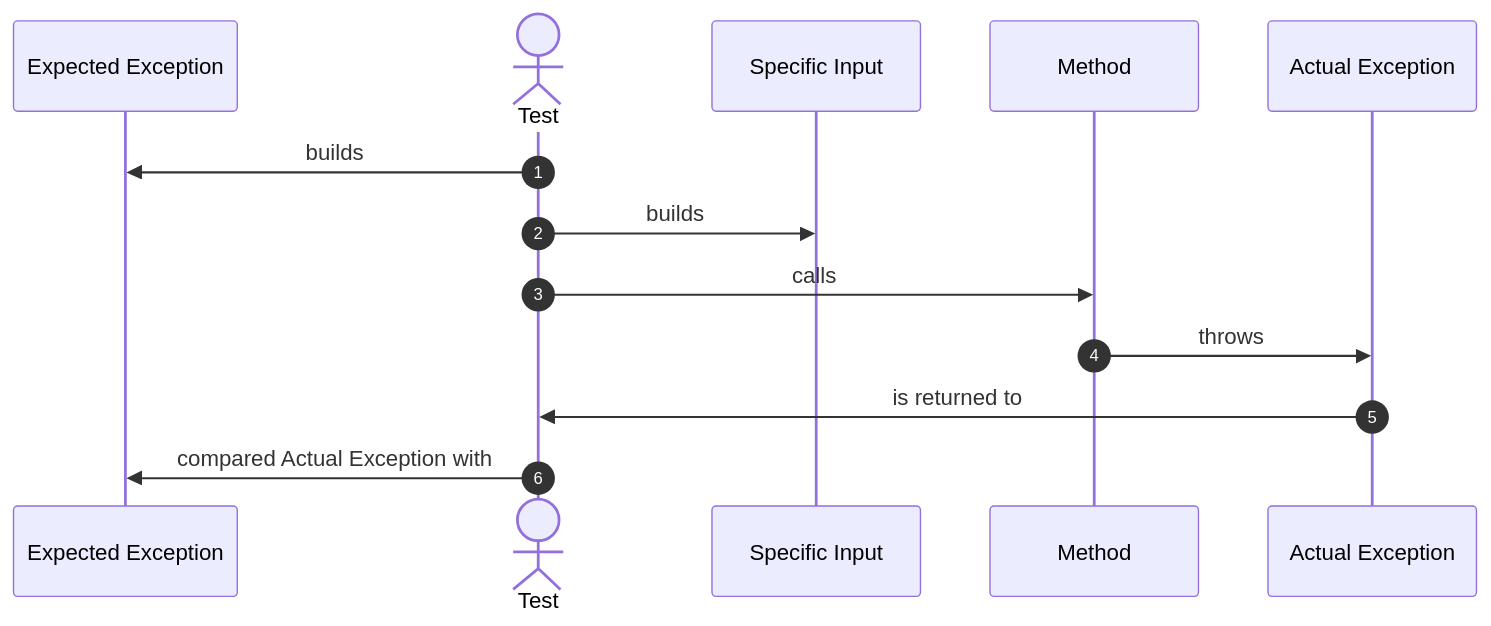
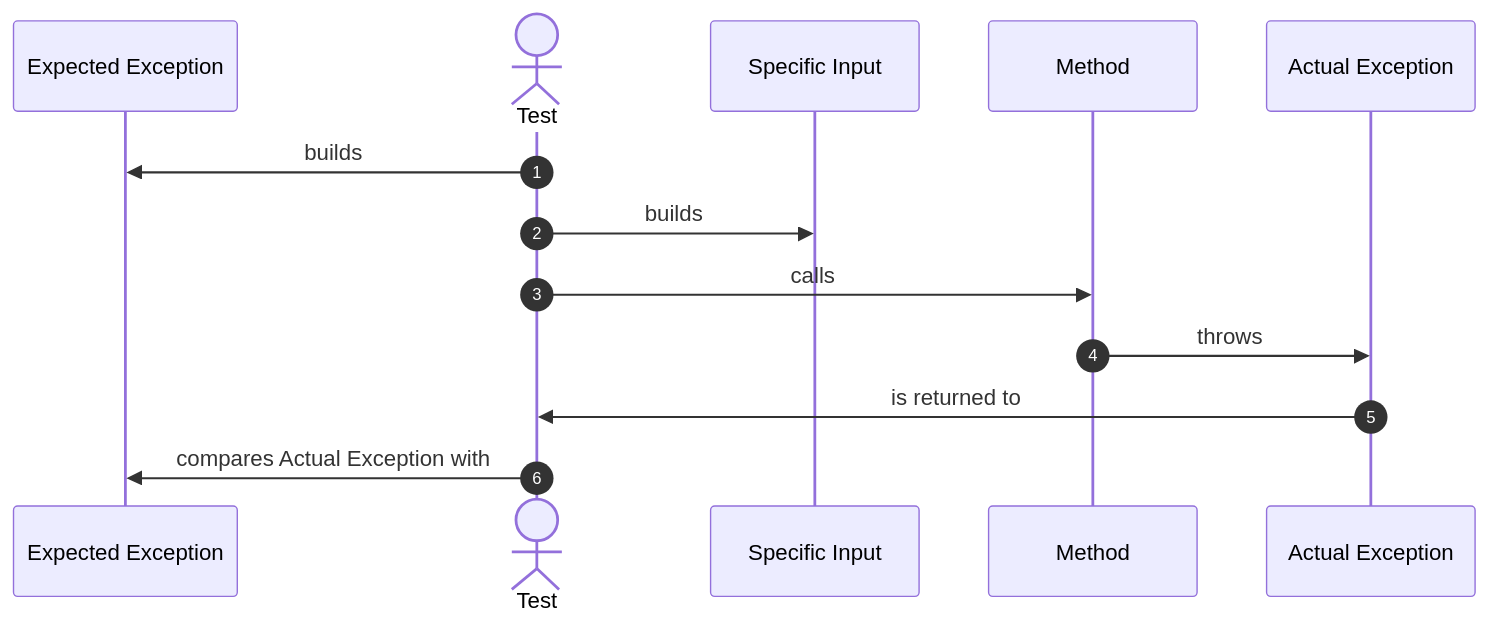
One commit to ghitacornel/docs changed the fourth of 6 diagrams in technology/UnitTests guidelines.md. Above: the diagram before and after it, drawn with Mermaid.

````diff
--- a/technology/UnitTests guidelines.md
+++ b/technology/UnitTests guidelines.md
@@ -76,16 +76,16 @@
 ```mermaid
 sequenceDiagram
     autonumber
     participant EE as Expected Exception
     actor Test
     participant SI as Specific Input
     participant Method
     participant AE as Actual Exception
     Test->>EE:builds
     Test->>SI:builds
     Test->>Method:calls
     Method->>AE:throws
     AE->>Test:is returned to
-    Test->>EE:compared Actual Exception with
+    Test->>EE:compares Actual Exception with
     
 ```
````
